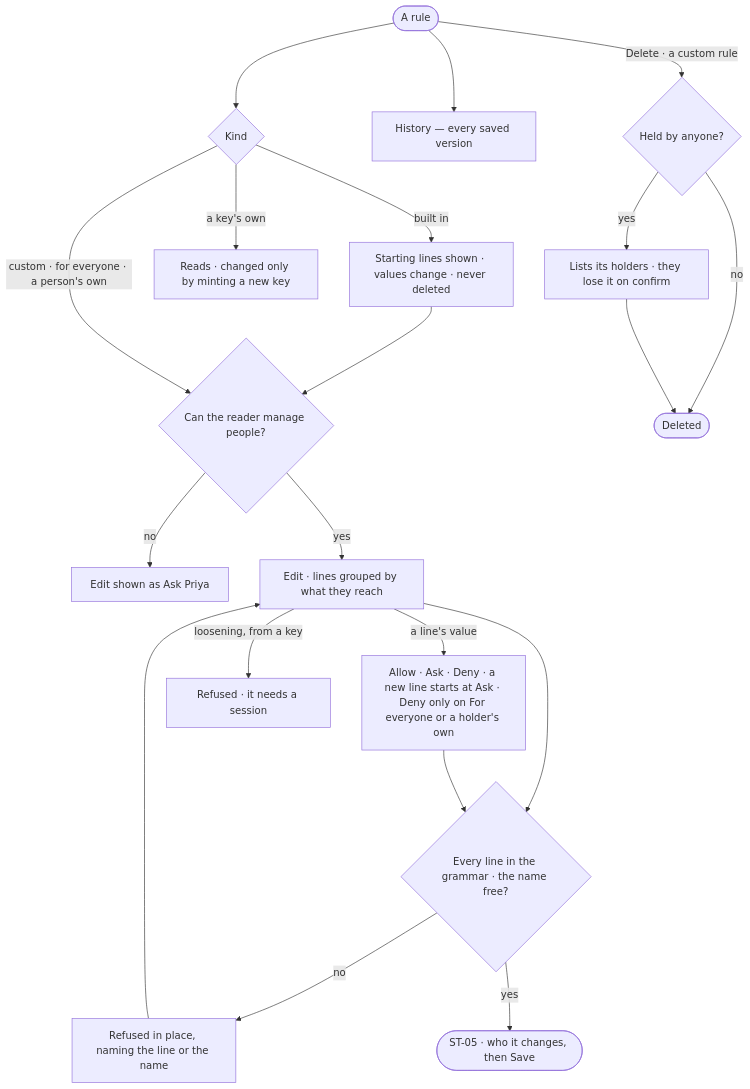
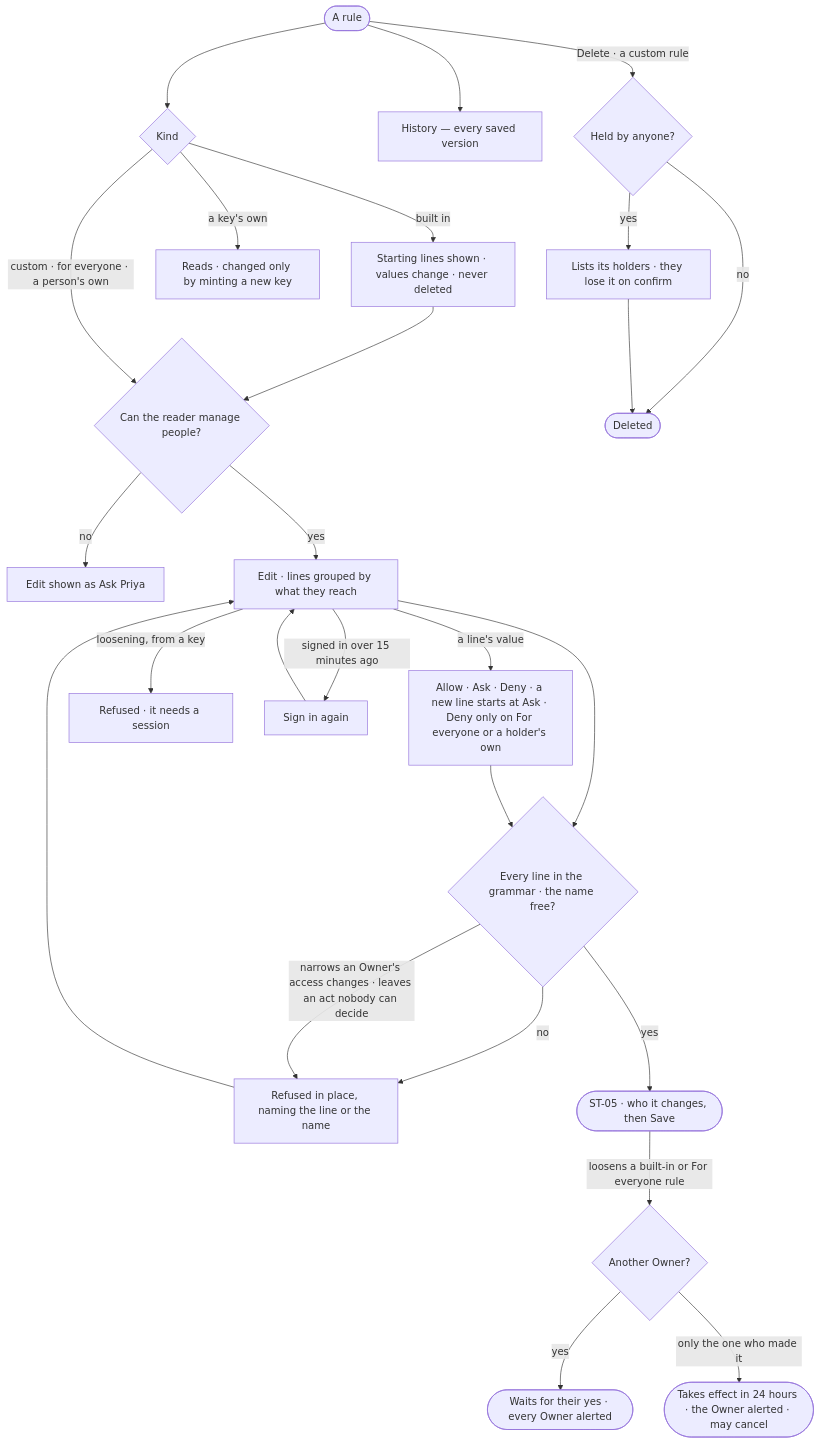
The diagram in specs/products/settings/features/ST-F02-people-and-access/stories/ST-02-say-exactly-what-an-access-rule-allows/story.md (invana/invana), drawn with Mermaid before and after one commit. The commit also changed other lines of this file and 24 other files, not shown here.

````diff
--- a/specs/products/settings/features/ST-F02-people-and-access/stories/ST-02-say-exactly-what-an-access-rule-allows/story.md
+++ b/specs/products/settings/features/ST-F02-people-and-access/stories/ST-02-say-exactly-what-an-access-rule-allows/story.md
@@ -26,21 +26,26 @@
 ```mermaid
 flowchart TD
   r([A rule]) --> k{"Kind"}
   k -->|built in| bi["Starting lines shown · values change · never deleted"]
   bi --> ed
   k -->|a key's own| ko["Reads · changed only by minting a new key"]
   k -->|custom · for everyone · a person's own| ed{"Can the reader manage people?"}
   ed -->|no| ask["Edit shown as Ask Priya"]
   ed -->|yes| e["Edit · lines grouped by what they reach"]
   e --> v{"Every line in the grammar · the name free?"}
   v -->|no| ref["Refused in place, naming the line or the name"]
   ref --> e
   v -->|yes| imp(["ST-05 · who it changes, then Save"])
   e -->|a line's value| md["Allow · Ask · Deny · a new line starts at Ask · Deny only on For everyone or a holder's own"] --> v
   e -->|loosening, from a key| ks["Refused · it needs a session"]
+  v -->|narrows an Owner's access changes · leaves an act nobody can decide| ref
+  imp -->|loosens a built-in or For everyone rule| wo{"Another Owner?"}
+  wo -->|yes| wy(["Waits for their yes · every Owner alerted"])
+  wo -->|only the one who made it| wd(["Takes effect in 24 hours · the Owner alerted · may cancel"])
+  e -->|signed in over 15 minutes ago| re["Sign in again"] --> e
   r --> h["History — every saved version"]
   r -->|Delete · a custom rule| dl{"Held by anyone?"}
   dl -->|yes| hl["Lists its holders · they lose it on confirm"]
   dl -->|no| gone(["Deleted"])
   hl --> gone
 ```
````
